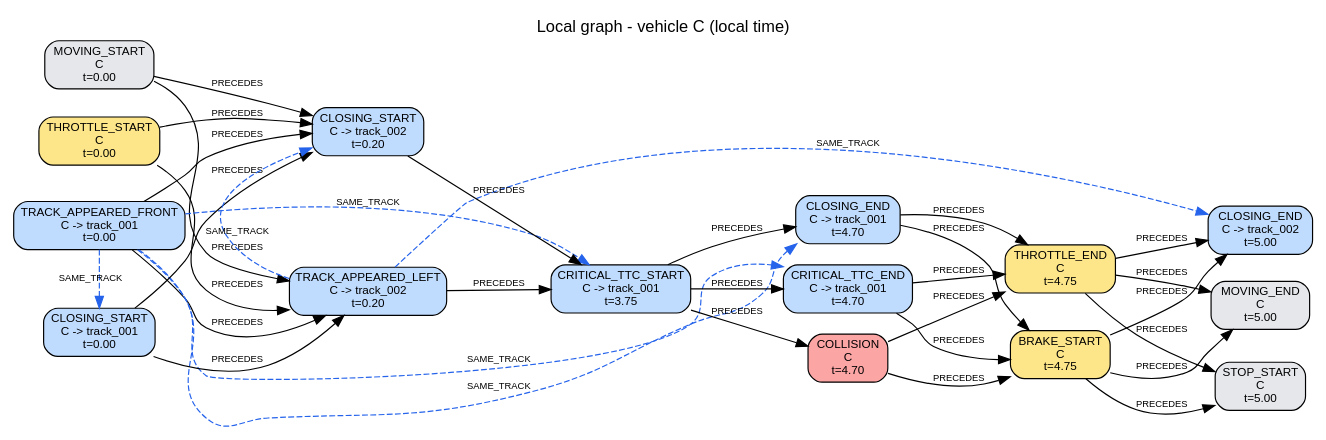
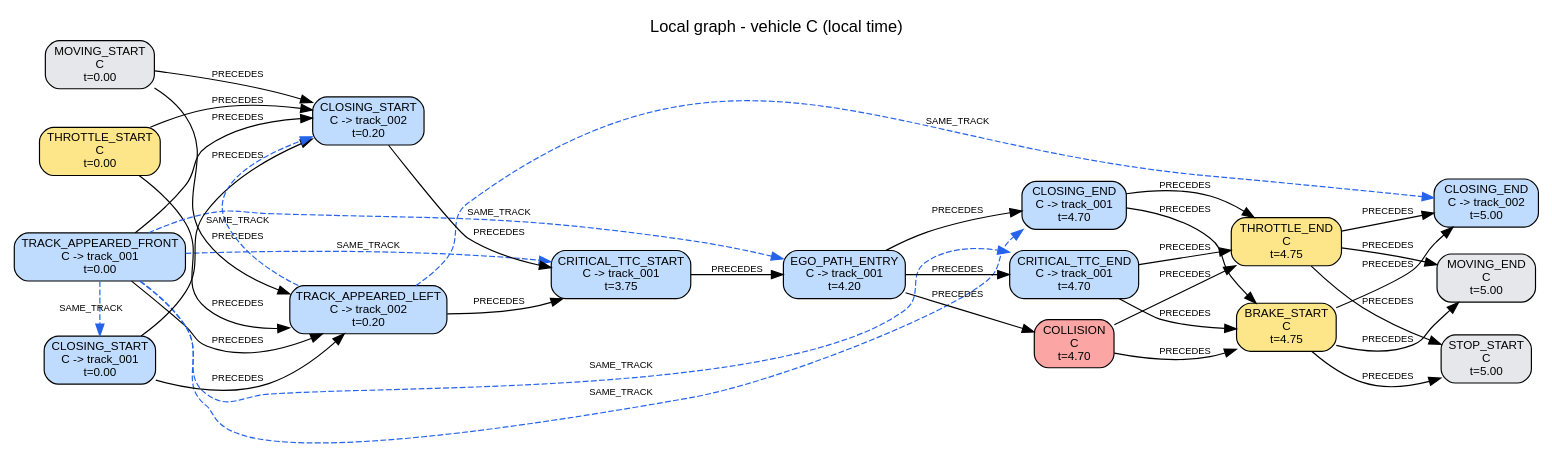
The diagram in traces/S15/run_0_deflected_into_c/reconstruction/C/local_graph.dot (AndreaBedei1/causaldrive-forensics), drawn with Graphviz before and after one commit. The commit also changed 338 other files, not shown here.

```diff
--- a/traces/S15/run_0_deflected_into_c/reconstruction/C/local_graph.dot
+++ b/traces/S15/run_0_deflected_into_c/reconstruction/C/local_graph.dot
@@ -1,56 +1,59 @@
 digraph "local_C" {
   graph [rankdir=LR, labelloc=t, fontname=Helvetica, label="Local graph - vehicle C (local time)"];
   node [shape=box, style="rounded,filled", fontname=Helvetica, fontsize=10];
   edge [fontname=Helvetica, fontsize=8];
   "C:e01" [label="MOVING_START\nC\nt=0.00", fillcolor="#e5e7eb"];
   "C:e02" [label="THROTTLE_START\nC\nt=0.00", fillcolor="#fde68a"];
   "C:e03" [label="TRACK_APPEARED_FRONT\nC -> track_001\nt=0.00", fillcolor="#bfdbfe"];
   "C:e04" [label="CLOSING_START\nC -> track_001\nt=0.00", fillcolor="#bfdbfe"];
   "C:e05" [label="TRACK_APPEARED_LEFT\nC -> track_002\nt=0.20", fillcolor="#bfdbfe"];
   "C:e06" [label="CLOSING_START\nC -> track_002\nt=0.20", fillcolor="#bfdbfe"];
   "C:e07" [label="CRITICAL_TTC_START\nC -> track_001\nt=3.75", fillcolor="#bfdbfe"];
-  "C:e08" [label="COLLISION\nC\nt=4.70", fillcolor="#fca5a5"];
-  "C:e09" [label="CRITICAL_TTC_END\nC -> track_001\nt=4.70", fillcolor="#bfdbfe"];
-  "C:e10" [label="CLOSING_END\nC -> track_001\nt=4.70", fillcolor="#bfdbfe"];
-  "C:e11" [label="THROTTLE_END\nC\nt=4.75", fillcolor="#fde68a"];
-  "C:e12" [label="BRAKE_START\nC\nt=4.75", fillcolor="#fde68a"];
-  "C:e13" [label="CLOSING_END\nC -> track_002\nt=5.00", fillcolor="#bfdbfe"];
-  "C:e14" [label="MOVING_END\nC\nt=5.00", fillcolor="#e5e7eb"];
-  "C:e15" [label="STOP_START\nC\nt=5.00", fillcolor="#e5e7eb"];
+  "C:e08" [label="EGO_PATH_ENTRY\nC -> track_001\nt=4.20", fillcolor="#bfdbfe"];
+  "C:e09" [label="COLLISION\nC\nt=4.70", fillcolor="#fca5a5"];
+  "C:e10" [label="CRITICAL_TTC_END\nC -> track_001\nt=4.70", fillcolor="#bfdbfe"];
+  "C:e11" [label="CLOSING_END\nC -> track_001\nt=4.70", fillcolor="#bfdbfe"];
+  "C:e12" [label="THROTTLE_END\nC\nt=4.75", fillcolor="#fde68a"];
+  "C:e13" [label="BRAKE_START\nC\nt=4.75", fillcolor="#fde68a"];
+  "C:e14" [label="CLOSING_END\nC -> track_002\nt=5.00", fillcolor="#bfdbfe"];
+  "C:e15" [label="MOVING_END\nC\nt=5.00", fillcolor="#e5e7eb"];
+  "C:e16" [label="STOP_START\nC\nt=5.00", fillcolor="#e5e7eb"];
   {rank=same; "C:e01"; "C:e02"; "C:e03"; "C:e04";}
   {rank=same; "C:e05"; "C:e06";}
-  {rank=same; "C:e08"; "C:e09"; "C:e10";}
-  {rank=same; "C:e11"; "C:e12";}
-  {rank=same; "C:e13"; "C:e14"; "C:e15";}
+  {rank=same; "C:e09"; "C:e10"; "C:e11";}
+  {rank=same; "C:e12"; "C:e13";}
+  {rank=same; "C:e14"; "C:e15"; "C:e16";}
   "C:e01" -> "C:e05" [label="PRECEDES"];
   "C:e01" -> "C:e06" [label="PRECEDES"];
   "C:e02" -> "C:e05" [label="PRECEDES"];
   "C:e02" -> "C:e06" [label="PRECEDES"];
   "C:e03" -> "C:e05" [label="PRECEDES"];
   "C:e03" -> "C:e06" [label="PRECEDES"];
   "C:e04" -> "C:e05" [label="PRECEDES"];
   "C:e04" -> "C:e06" [label="PRECEDES"];
   "C:e05" -> "C:e07" [label="PRECEDES"];
   "C:e06" -> "C:e07" [label="PRECEDES"];
   "C:e07" -> "C:e08" [label="PRECEDES"];
-  "C:e07" -> "C:e09" [label="PRECEDES"];
-  "C:e07" -> "C:e10" [label="PRECEDES"];
+  "C:e08" -> "C:e09" [label="PRECEDES"];
+  "C:e08" -> "C:e10" [label="PRECEDES"];
   "C:e08" -> "C:e11" [label="PRECEDES"];
-  "C:e08" -> "C:e12" [label="PRECEDES"];
-  "C:e09" -> "C:e11" [label="PRECEDES"];
   "C:e09" -> "C:e12" [label="PRECEDES"];
-  "C:e10" -> "C:e11" [label="PRECEDES"];
+  "C:e09" -> "C:e13" [label="PRECEDES"];
   "C:e10" -> "C:e12" [label="PRECEDES"];
+  "C:e10" -> "C:e13" [label="PRECEDES"];
+  "C:e11" -> "C:e12" [label="PRECEDES"];
   "C:e11" -> "C:e13" [label="PRECEDES"];
-  "C:e11" -> "C:e14" [label="PRECEDES"];
-  "C:e11" -> "C:e15" [label="PRECEDES"];
-  "C:e12" -> "C:e13" [label="PRECEDES"];
   "C:e12" -> "C:e14" [label="PRECEDES"];
   "C:e12" -> "C:e15" [label="PRECEDES"];
+  "C:e12" -> "C:e16" [label="PRECEDES"];
+  "C:e13" -> "C:e14" [label="PRECEDES"];
+  "C:e13" -> "C:e15" [label="PRECEDES"];
+  "C:e13" -> "C:e16" [label="PRECEDES"];
   "C:e03" -> "C:e04" [label="SAME_TRACK", style=dashed, color="#2563eb", constraint=false];
   "C:e05" -> "C:e06" [label="SAME_TRACK", style=dashed, color="#2563eb", constraint=false];
   "C:e03" -> "C:e07" [label="SAME_TRACK", style=dashed, color="#2563eb", constraint=false];
-  "C:e03" -> "C:e09" [label="SAME_TRACK", style=dashed, color="#2563eb", constraint=false];
+  "C:e03" -> "C:e08" [label="SAME_TRACK", style=dashed, color="#2563eb", constraint=false];
   "C:e03" -> "C:e10" [label="SAME_TRACK", style=dashed, color="#2563eb", constraint=false];
-  "C:e05" -> "C:e13" [label="SAME_TRACK", style=dashed, color="#2563eb", constraint=false];
+  "C:e03" -> "C:e11" [label="SAME_TRACK", style=dashed, color="#2563eb", constraint=false];
+  "C:e05" -> "C:e14" [label="SAME_TRACK", style=dashed, color="#2563eb", constraint=false];
 }
```
